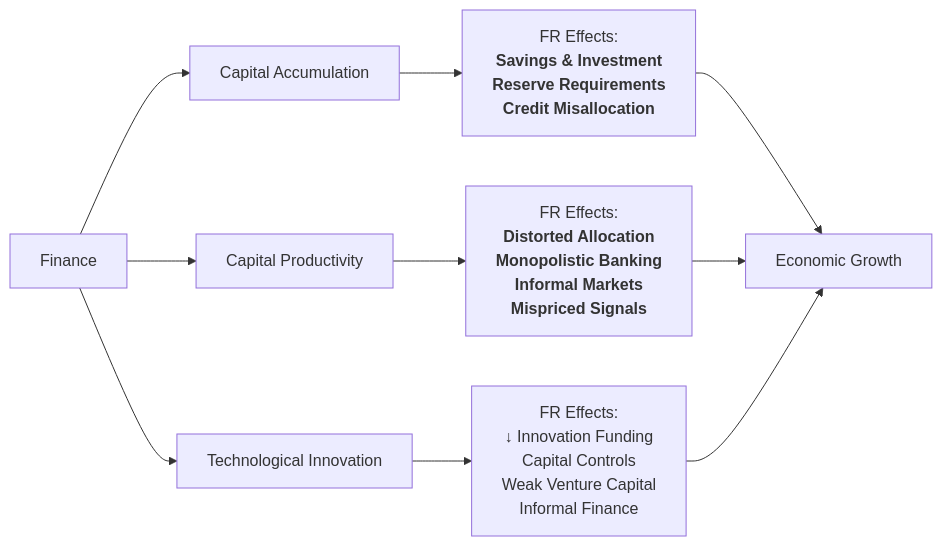
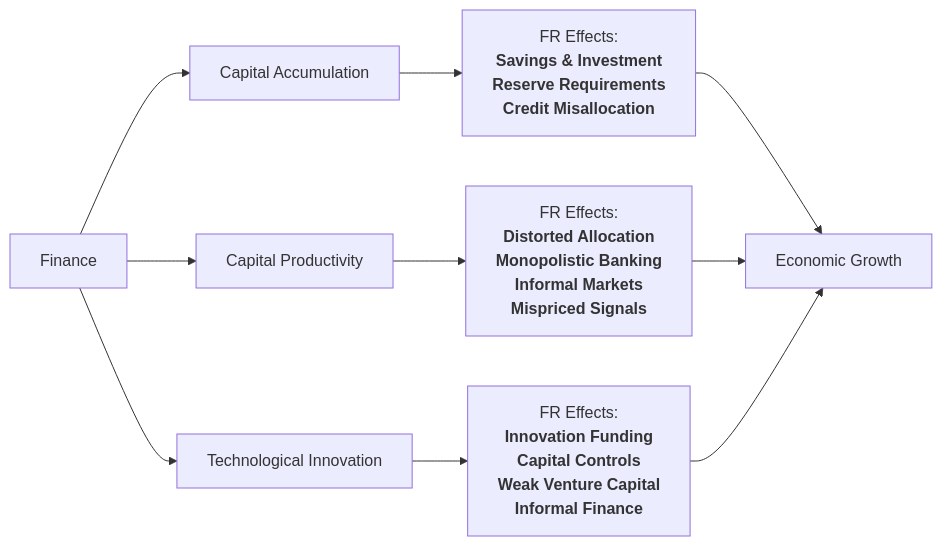
Before and after one commit to Aboutorabi/FR-FD-Gr.md: the diagram in FR-FD&Gr.md, drawn with Mermaid.

````diff
--- a/FR-FD&Gr.md
+++ b/FR-FD&Gr.md
@@ -1,20 +1,20 @@
 ```mermaid
 flowchart LR
     F["Finance"]
 
     %% Channels
     A["Capital Accumulation"]
     B["Capital Productivity"]
     C["Technological Innovation"]
 
     %% FR Effects (multiline, single line per item)
     A_sub["FR Effects:<b></br> Savings & Investment<b></br> Reserve Requirements<b></br> Credit Misallocation"]
-    B_sub["FR Effects:<b></br> Distorted Allocation<b></br> Monopolistic Banking<b></br> Informal Markets\nMispriced Signals"]
-    C_sub["FR Effects:\n↓ Innovation Funding\nCapital Controls\nWeak Venture Capital\nInformal Finance"]
+    B_sub["FR Effects:<b></br> Distorted Allocation<b></br> Monopolistic Banking<b></br> Informal Markets<b></br> Mispriced Signals"]
+    C_sub["FR Effects:<b></br> Innovation Funding<b></br> Capital Controls<b></br> Weak Venture Capital<b></br> Informal Finance"]
 
     %% Flow connections
     F --> A --> A_sub --> G["Economic Growth"]
     F --> B --> B_sub --> G
     F --> C --> C_sub --> G
 
 ```
````
